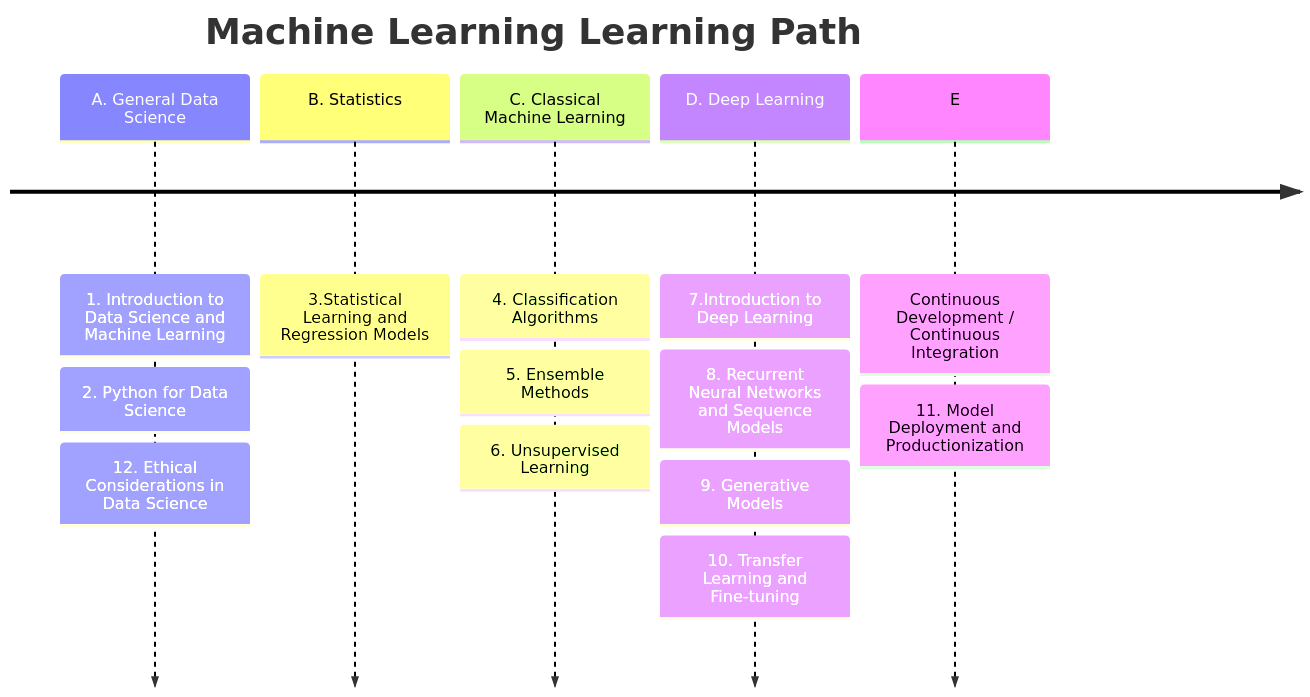
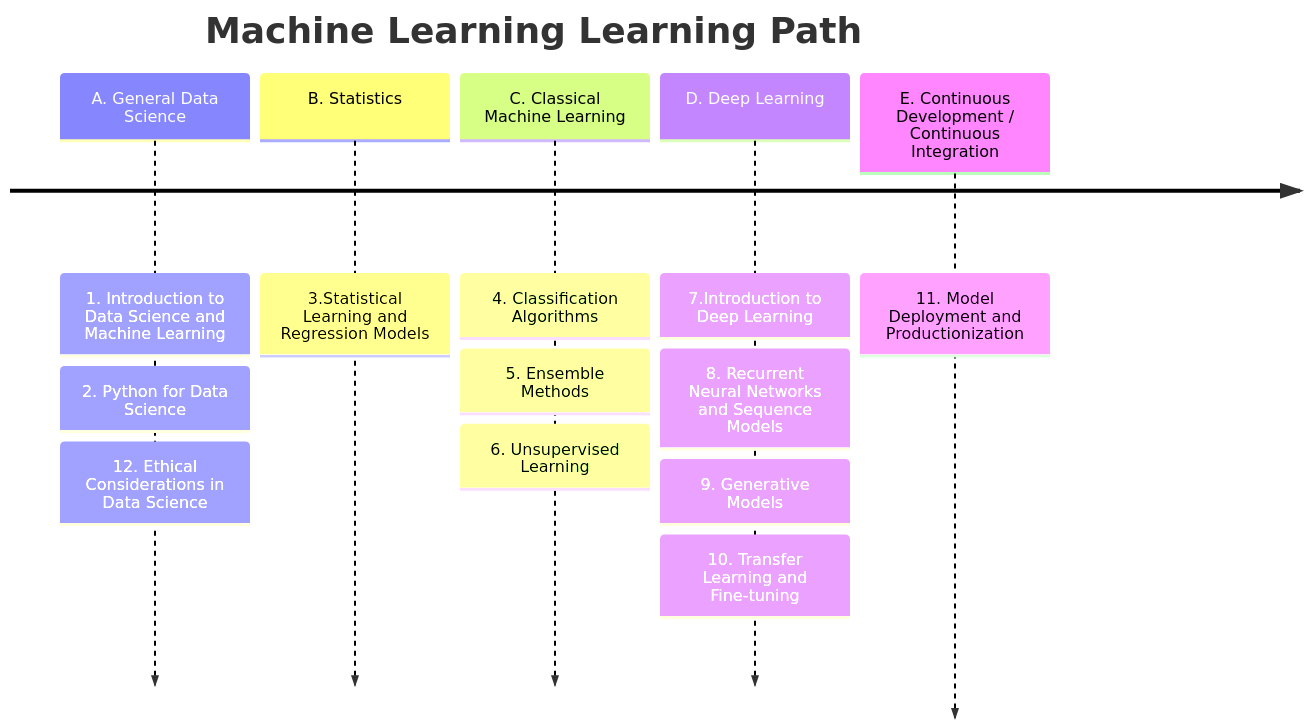
One commit to ua-datalab/ua-datalab.github.io changed the second of 5 diagrams in docs/mlpaths.md. Above: the diagram before and after it, drawn with Mermaid. The commit also changed other lines of this file, not shown here.

````diff
--- a/docs/mlpaths.md
+++ b/docs/mlpaths.md
@@ -27,17 +32,17 @@
 ```mermaid
 timeline
     title Machine Learning Learning Path
     A. General Data Science : 1. Introduction to Data Science and Machine Learning
     	    	 	     : 2. Python for Data Science
 			     : 12. Ethical Considerations in Data Science
     B. Statistics : 3.Statistical Learning and Regression Models
     C. Classical Machine Learning : 4. Classification Algorithms
 				 : 5. Ensemble Methods
 				 : 6. Unsupervised Learning
     D. Deep Learning : 7.Introduction to Deep Learning
     	   	    : 8. Recurrent Neural Networks and Sequence Models
 		    : 9. Generative Models
 		    : 10. Transfer Learning and Fine-tuning
-    E: Continuous Development / Continuous Integration  : 11. Model Deployment and Productionization
+    E. Continuous Development / Continuous Integration  : 11. Model Deployment and Productionization
 
 ```
````
